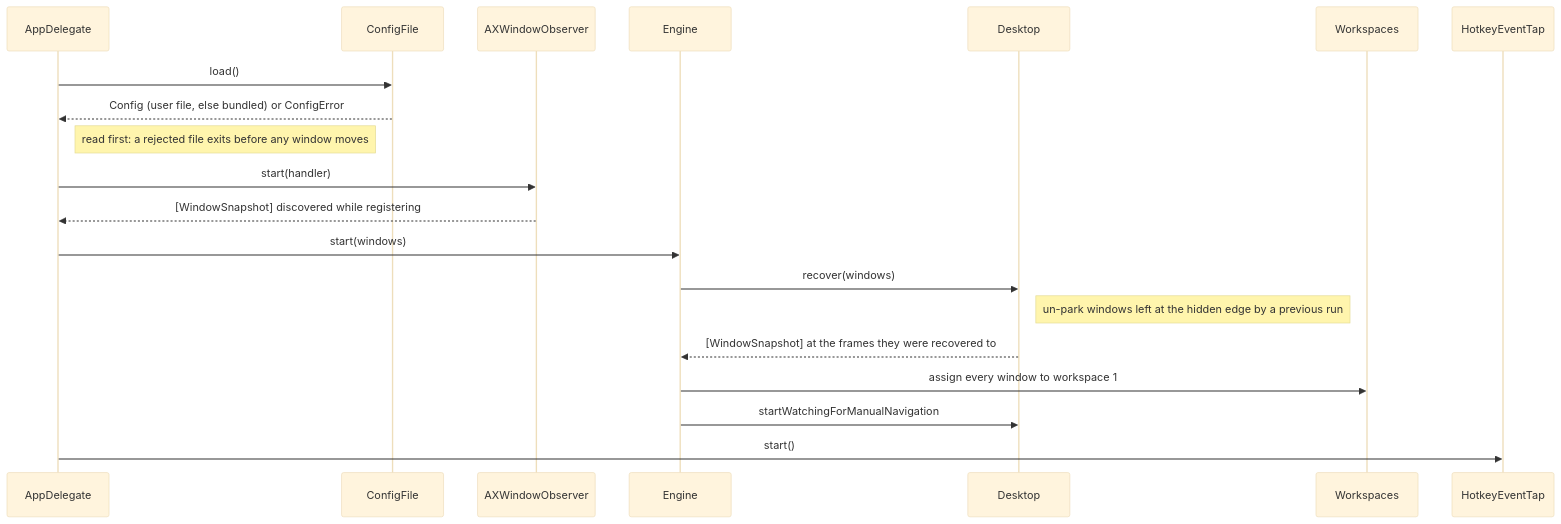
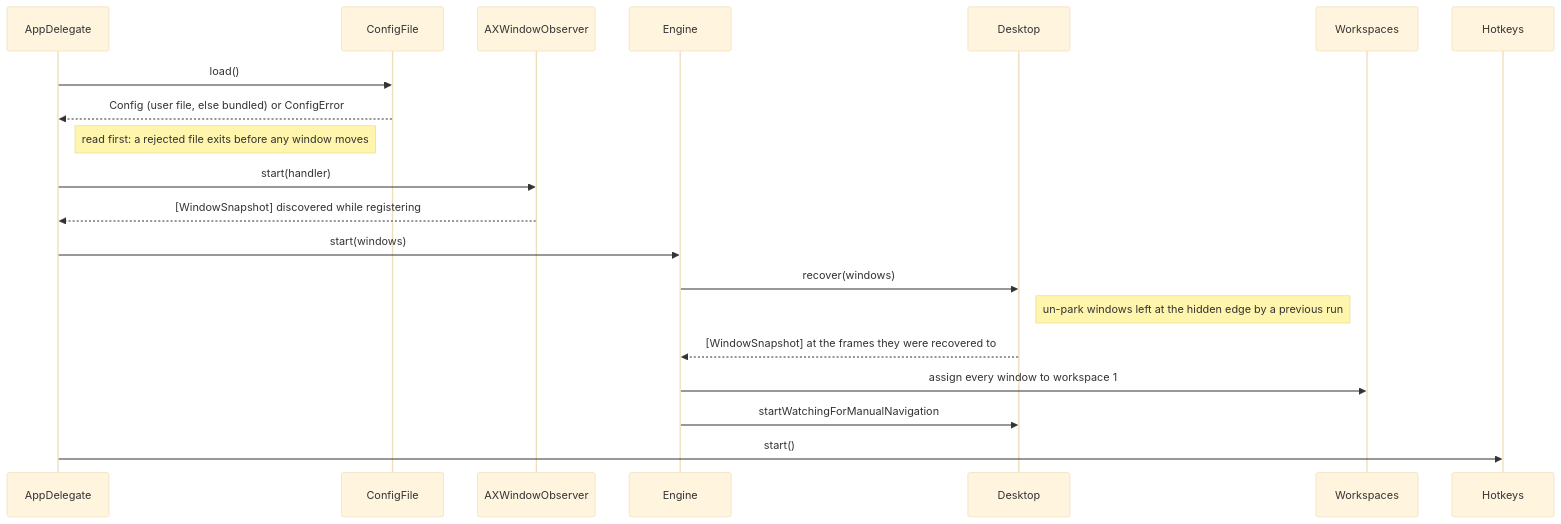
The second of 4 diagrams in ARCHITECTURE.md (brennovich/ottowm), drawn with Mermaid (base theme) before and after one commit. The commit also changed other lines of this file and 6 other files, not shown here.

First line of the commit message:
Rename HotkeyEventTap to Hotkeys, narrow to a matcher

````diff
--- a/ARCHITECTURE.md
+++ b/ARCHITECTURE.md
@@ -76,15 +75,15 @@
 ```mermaid
 sequenceDiagram
     AppDelegate->>ConfigFile: load()
     ConfigFile-->>AppDelegate: Config (user file, else bundled) or ConfigError
     Note right of AppDelegate: read first: a rejected file exits before any window moves
     AppDelegate->>AXWindowObserver: start(handler)
     AXWindowObserver-->>AppDelegate: [WindowSnapshot] discovered while registering
     AppDelegate->>Engine: start(windows)
     Engine->>Desktop: recover(windows)
     Note right of Desktop: un-park windows left at the hidden edge by a previous run
     Desktop-->>Engine: [WindowSnapshot] at the frames they were recovered to
     Engine->>Workspaces: assign every window to workspace 1
     Engine->>Desktop: startWatchingForManualNavigation
-    AppDelegate->>HotkeyEventTap: start()
+    AppDelegate->>Hotkeys: start()
 ```
````
